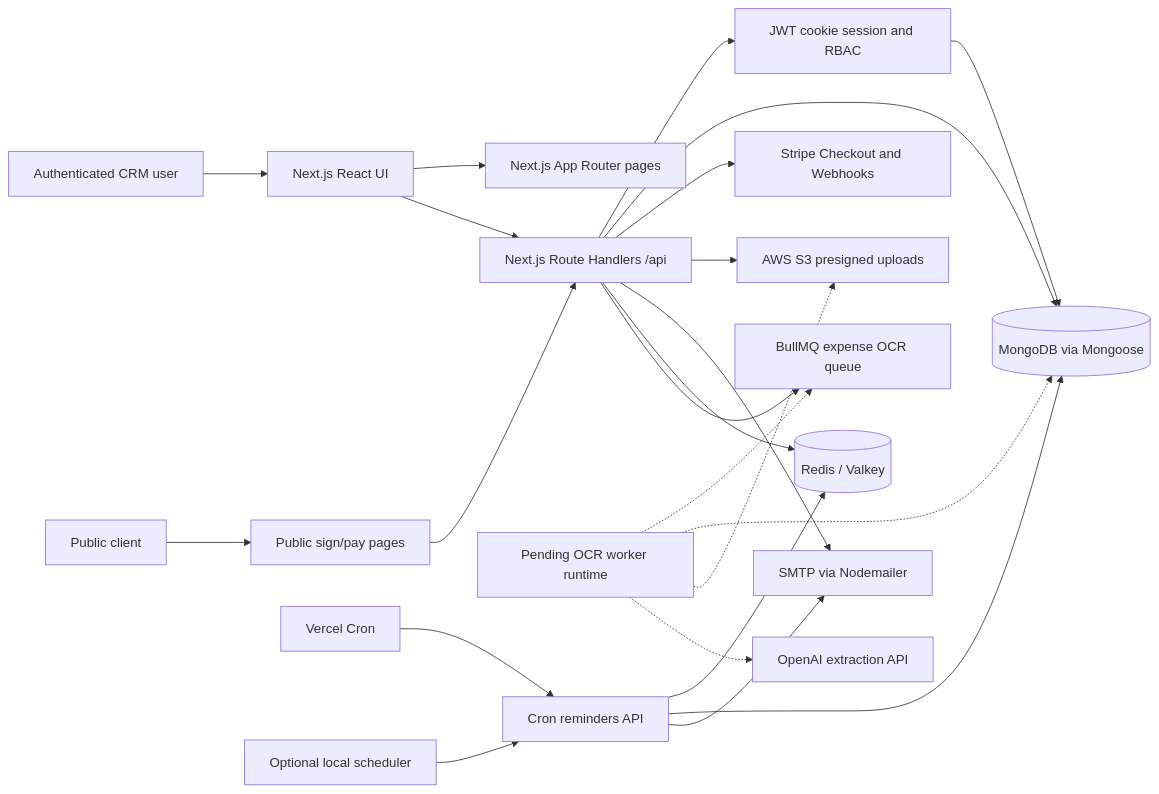
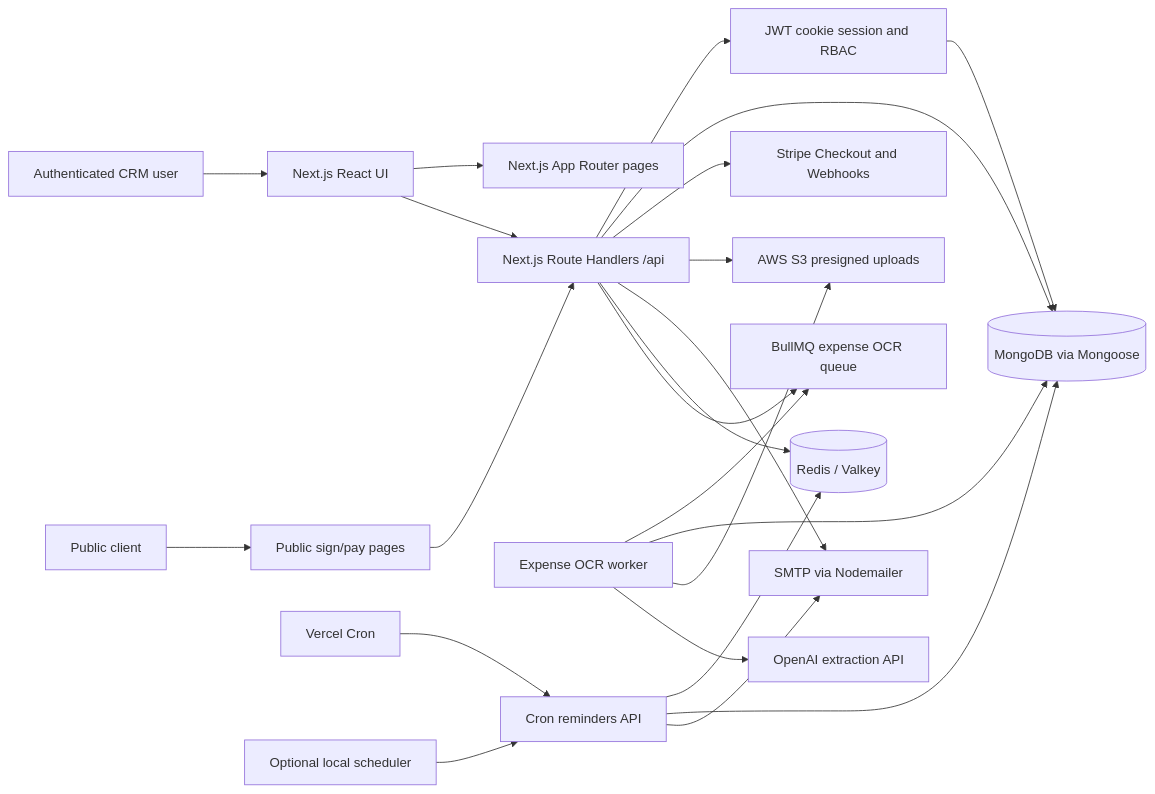
The first of 5 diagrams in docs/technical-handover.md (BasirKhan418/crm-roberto), drawn with Mermaid before and after one commit. The commit also changed other lines of this file and 20 other files, not shown here.

````diff
--- a/docs/technical-handover.md
+++ b/docs/technical-handover.md
@@ -19,30 +19,30 @@
 ```mermaid
 flowchart LR
   User[Authenticated CRM user] --> Browser[Next.js React UI]
   Client[Public client] --> PublicRoutes[Public sign/pay pages]
 
   Browser --> AppRoutes[Next.js App Router pages]
   Browser --> Api[Next.js Route Handlers /api]
   PublicRoutes --> Api
 
   Api --> Auth[JWT cookie session and RBAC]
   Auth --> Mongo[(MongoDB via Mongoose)]
   Api --> Mongo
 
   Api --> Stripe[Stripe Checkout and Webhooks]
   Api --> S3[AWS S3 presigned uploads]
   Api --> SMTP[SMTP via Nodemailer]
   Api --> Redis[(Redis / Valkey)]
   Api --> Queue[BullMQ expense OCR queue]
 
-  Worker[Pending OCR worker runtime] -.-> Queue
-  Worker -.-> Mongo
-  Worker -.-> S3
-  Worker -.-> OpenAI[OpenAI extraction API]
+  Worker[Expense OCR worker] --> Queue
+  Worker --> Mongo
+  Worker --> S3
+  Worker --> OpenAI[OpenAI extraction API]
 
   VercelCron[Vercel Cron] --> CronApi[Cron reminders API]
   LocalCron[Optional local scheduler] --> CronApi
   CronApi --> Redis
   CronApi --> Mongo
   CronApi --> SMTP
 ```
````
